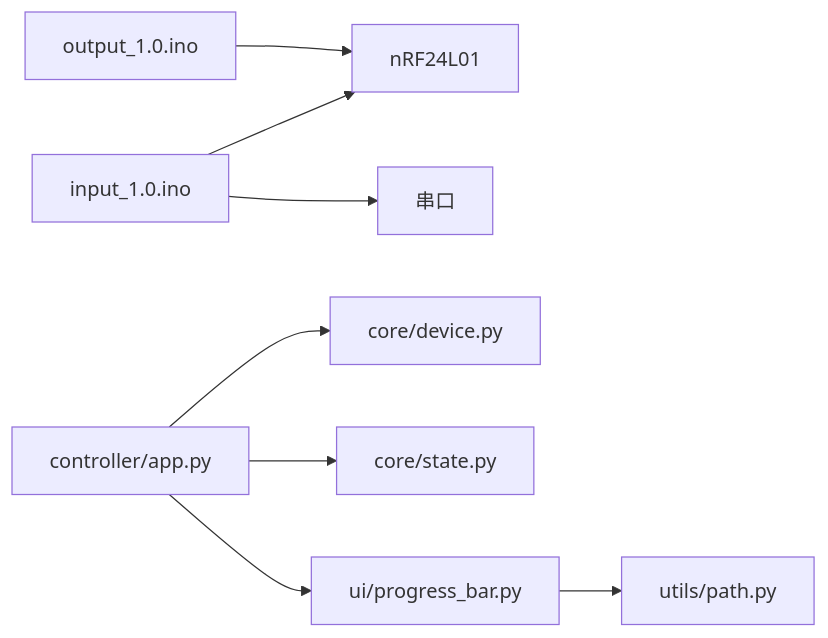
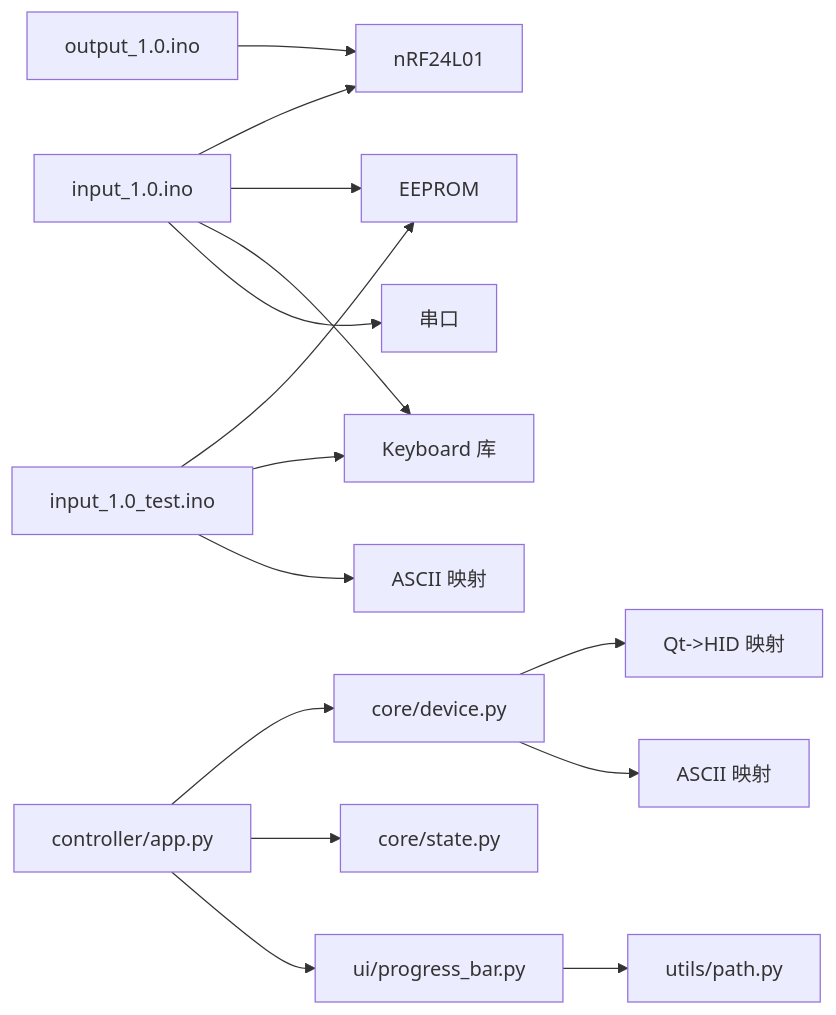
The fifth of 6 diagrams in .qoder/repowiki/zh/content/硬件系统设计/固件实现细节.md (Hankun-P/wireless-keyboard-toy), drawn with Mermaid before and after one commit. The commit also changed other lines of this file and 11 other files, not shown here.

````diff
--- a/.qoder/repowiki/zh/content/硬件系统设计/固件实现细节.md
+++ b/.qoder/repowiki/zh/content/硬件系统设计/固件实现细节.md
@@ -246,10 +368,17 @@
 ```mermaid
 graph LR
 OUT["output_1.0.ino"] --> RF["nRF24L01"]
 INP["input_1.0.ino"] --> RF
+INP --> EEPROM["EEPROM"]
+INP --> HID["Keyboard 库"]
+INP_TEST["input_1.0_test.ino"] --> EEPROM
+INP_TEST --> HID
+INP_TEST --> ASCII["ASCII 映射"]
 INP --> SER["串口"]
 CTRL["controller/app.py"] --> DEV["core/device.py"]
 CTRL --> STATE["core/state.py"]
 CTRL --> PROG["ui/progress_bar.py"]
 PROG --> PATH["utils/path.py"]
+DEV --> HID_MAP["Qt->HID 映射"]
+DEV --> ASCII_MAP["ASCII 映射"]
 ```
````
